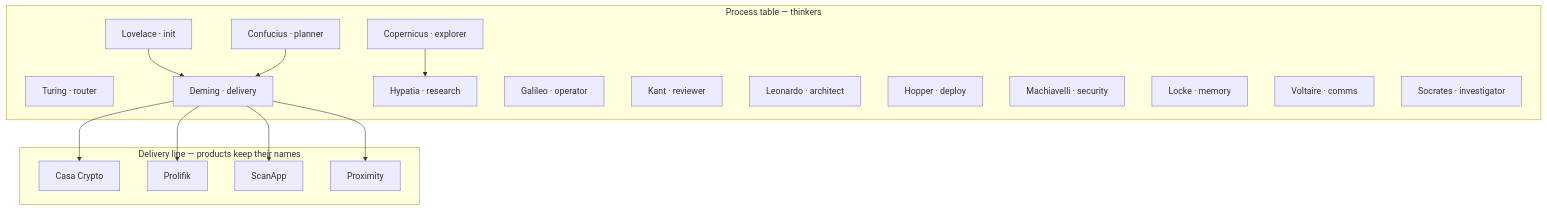
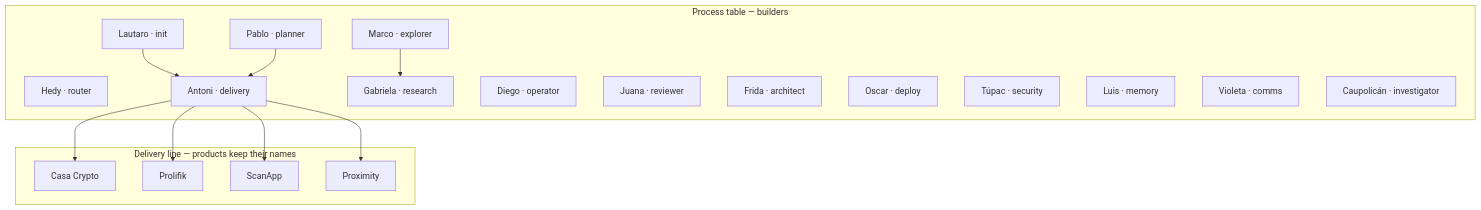
The diagram in README.md (cashtro/cashtro), drawn with Mermaid before and after one commit. The commit also changed other lines of this file and 9 other files, not shown here.

First line of the commit message:
feat: name processes after builders like Lautaro

````diff
--- a/README.md
+++ b/README.md
@@ -45,32 +46,32 @@
 ```mermaid
 flowchart TB
   subgraph products [Delivery line — products keep their names]
     CasaCrypto[Casa Crypto]
     Prolifik[Prolifik]
     ScanApp[ScanApp]
     Proximity[Proximity]
   end
-  subgraph thinkers [Process table — thinkers]
-    Lovelace[Lovelace · init]
-    Turing[Turing · router]
-    Deming[Deming · delivery]
-    Hypatia[Hypatia · research]
-    Copernicus[Copernicus · explorer]
-    Galileo[Galileo · operator]
-    Kant[Kant · reviewer]
-    Leonardo[Leonardo · architect]
-    Hopper[Hopper · deploy]
-    Machiavelli[Machiavelli · security]
-    Locke[Locke · memory]
-    Voltaire[Voltaire · comms]
-    Confucius[Confucius · planner]
-    Socrates[Socrates · investigator]
+  subgraph builders [Process table — builders]
+    Lautaro[Lautaro · init]
+    Hedy[Hedy · router]
+    Antoni[Antoni · delivery]
+    Gabriela[Gabriela · research]
+    Marco[Marco · explorer]
+    Diego[Diego · operator]
+    Juana[Juana · reviewer]
+    Frida[Frida · architect]
+    Oscar[Oscar · deploy]
+    Tupac[Túpac · security]
+    Luis[Luis · memory]
+    Violeta[Violeta · comms]
+    Pablo[Pablo · planner]
+    Caupolican[Caupolicán · investigator]
   end
-  Lovelace --> Deming
-  Copernicus --> Hypatia
-  Confucius --> Deming
-  Deming --> CasaCrypto
-  Deming --> Prolifik
-  Deming --> ScanApp
-  Deming --> Proximity
+  Lautaro --> Antoni
+  Marco --> Gabriela
+  Pablo --> Antoni
+  Antoni --> CasaCrypto
+  Antoni --> Prolifik
+  Antoni --> ScanApp
+  Antoni --> Proximity
 ```
````
